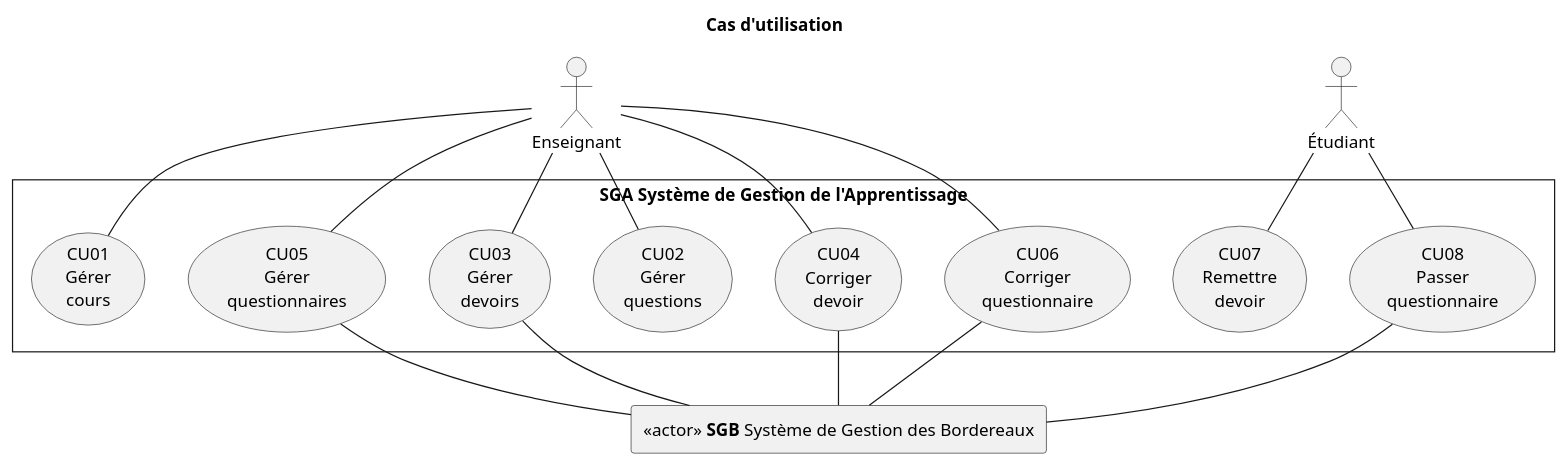
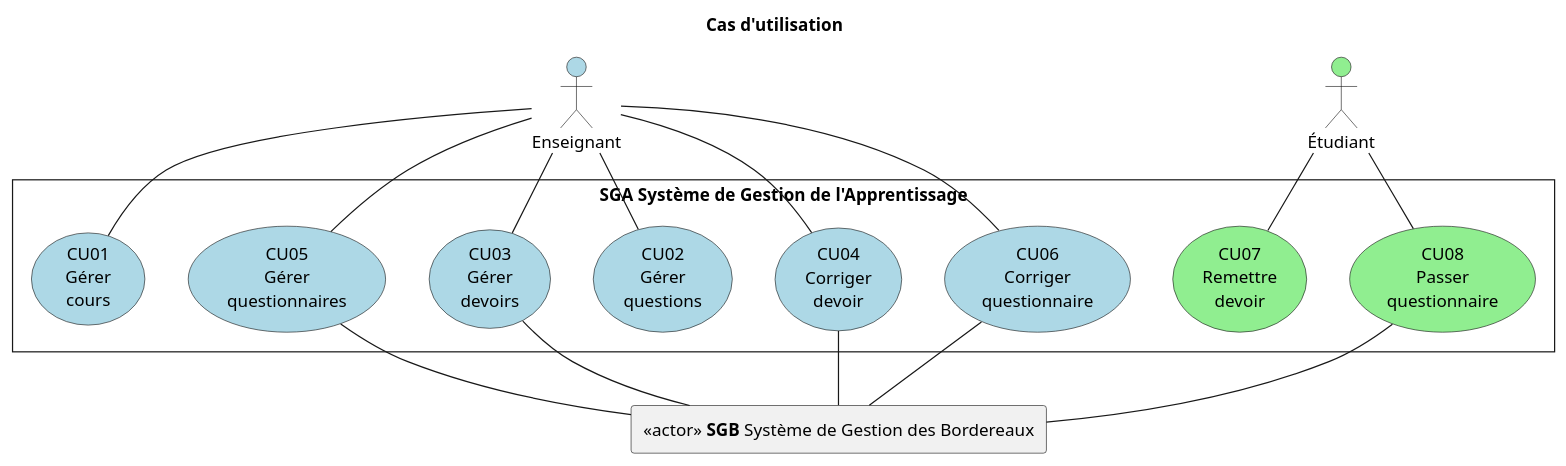
Before and after one commit to profcfuhrmanets/log210-enonce-lab1: the first of 2 diagrams in README-exigences-client.puml, drawn with PlantUML. The commit also changed other lines of this file, not shown here.

```diff
--- a/README-exigences-client.puml
+++ b/README-exigences-client.puml
@@ -1,34 +1,34 @@
 @startuml DiagCasUtilisation
 title Cas d'utilisation
 skinparam style strictuml
 skinparam backgroundcolor #ffffff
 'left to right direction
 rectangle "SGA Système de Gestion de l'Apprentissage" {
-    (CU01\nGérer\ncours) as gc
-    (CU02\nGérer\nquestions) as gq2
-    (CU03\nGérer\ndevoirs) as gd
-    (CU04\nCorriger\ndevoir) as cd
-    (CU05\nGérer\nquestionnaires) as gq1
-    (CU06\nCorriger\nquestionnaire) as cq
-    (CU07\nRemettre\ndevoir) as rd
-    (CU08\nPasser\nquestionnaire) as pq
+    (CU01\nGérer\ncours) as gc #lightblue
+    (CU02\nGérer\nquestions) as gq2 #lightblue
+    (CU03\nGérer\ndevoirs) as gd #lightblue
+    (CU04\nCorriger\ndevoir) as cd #lightblue
+    (CU05\nGérer\nquestionnaires) as gq1 #lightblue
+    (CU06\nCorriger\nquestionnaire) as cq #lightblue
+    (CU07\nRemettre\ndevoir) as rd #lightgreen
+    (CU08\nPasser\nquestionnaire) as pq #lightgreen
 }
 'actor "Administrateur" as A
-actor "Enseignant" as P
-actor "Étudiant" as E
+actor "Enseignant" as P #lightblue
+actor "Étudiant" as E #lightgreen
 rectangle "<<actor>> **SGB** Système de Gestion des Bordereaux" as signets
 P -- gc
 P -- gq1
 P -- gq2
 P -- gd
 P -- cd
 P -- cq
 'A -- ie
 E -- pq
 E -- rd
 signets -u- gq1
 signets -u- gd
 signets -u- pq
 signets -u- cd
 signets -u- cq
 @enduml
```
